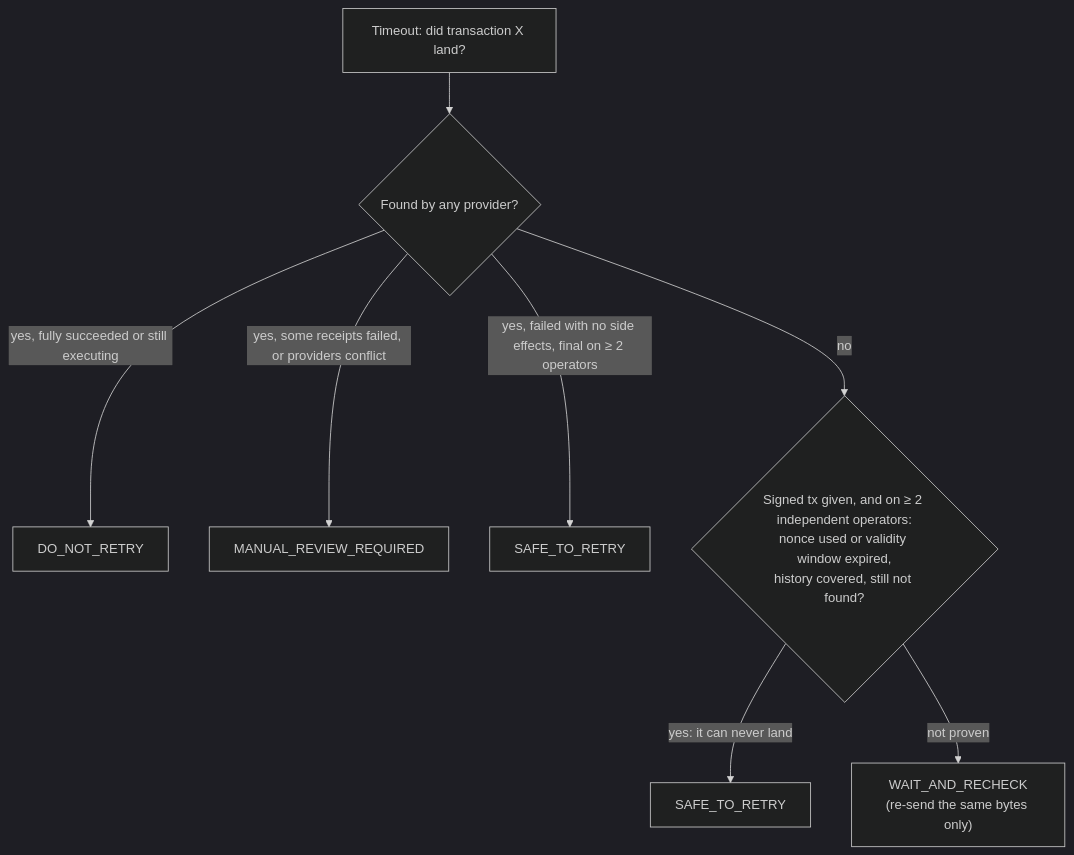
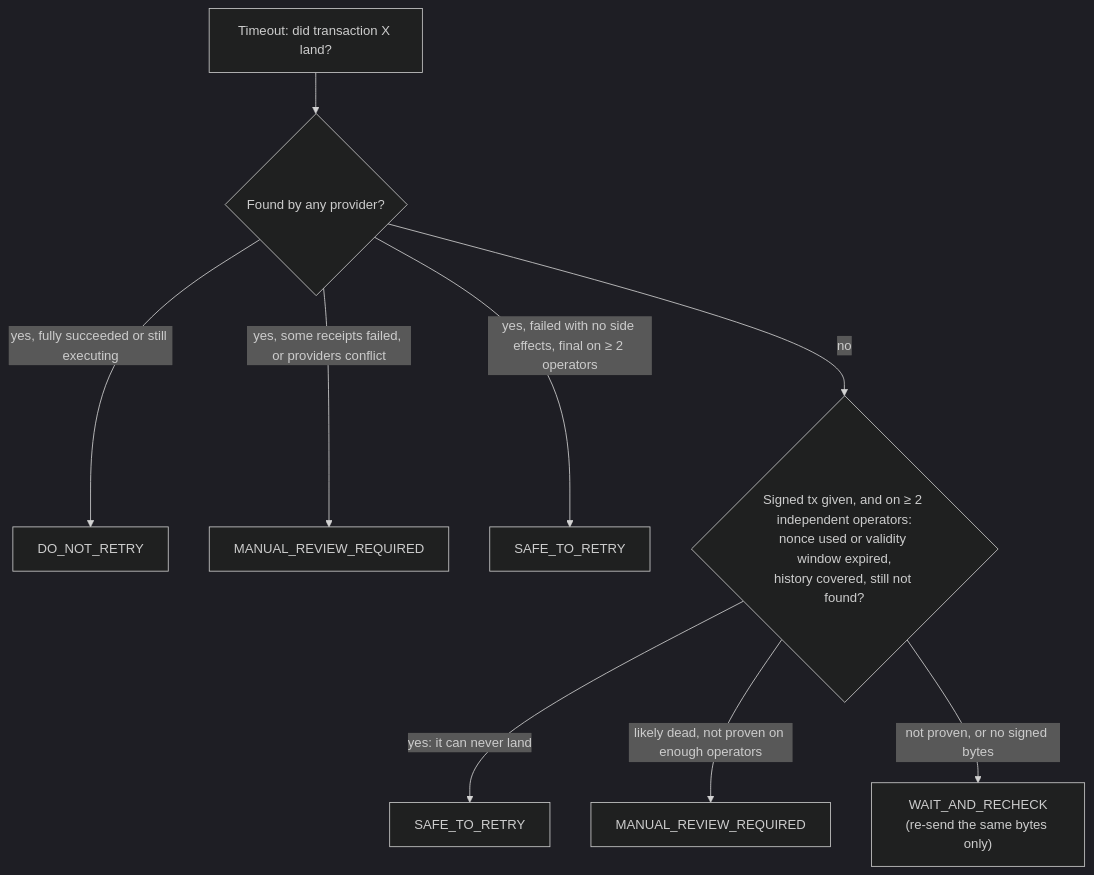
Before and after one commit to kariosg/near-sentinel: the third of 3 diagrams in README.md, drawn with Mermaid (dark theme). The commit also changed other lines of this file and 42 other files, not shown here.

````diff
--- a/README.md
+++ b/README.md
@@ -332,10 +335,11 @@
 ```mermaid
 flowchart TD
     Q["Timeout: did transaction X land?"] --> F{"Found by any provider?"}
     F -- "yes, fully succeeded or still executing" --> D["DO_NOT_RETRY"]
     F -- "yes, some receipts failed, or providers conflict" --> M["MANUAL_REVIEW_REQUIRED"]
     F -- "yes, failed with no side effects, final on ≥ 2 operators" --> S1["SAFE_TO_RETRY"]
     F -- "no" --> P{"Signed tx given, and on ≥ 2 independent operators:<br/>nonce used or validity window expired,<br/>history covered, still not found?"}
     P -- "yes: it can never land" --> S2["SAFE_TO_RETRY"]
-    P -- "not proven" --> W["WAIT_AND_RECHECK<br/>(re-send the same bytes only)"]
+    P -- "likely dead, not proven on enough operators" --> M2["MANUAL_REVIEW_REQUIRED"]
+    P -- "not proven, or no signed bytes" --> W["WAIT_AND_RECHECK<br/>(re-send the same bytes only)"]
 ```
````
